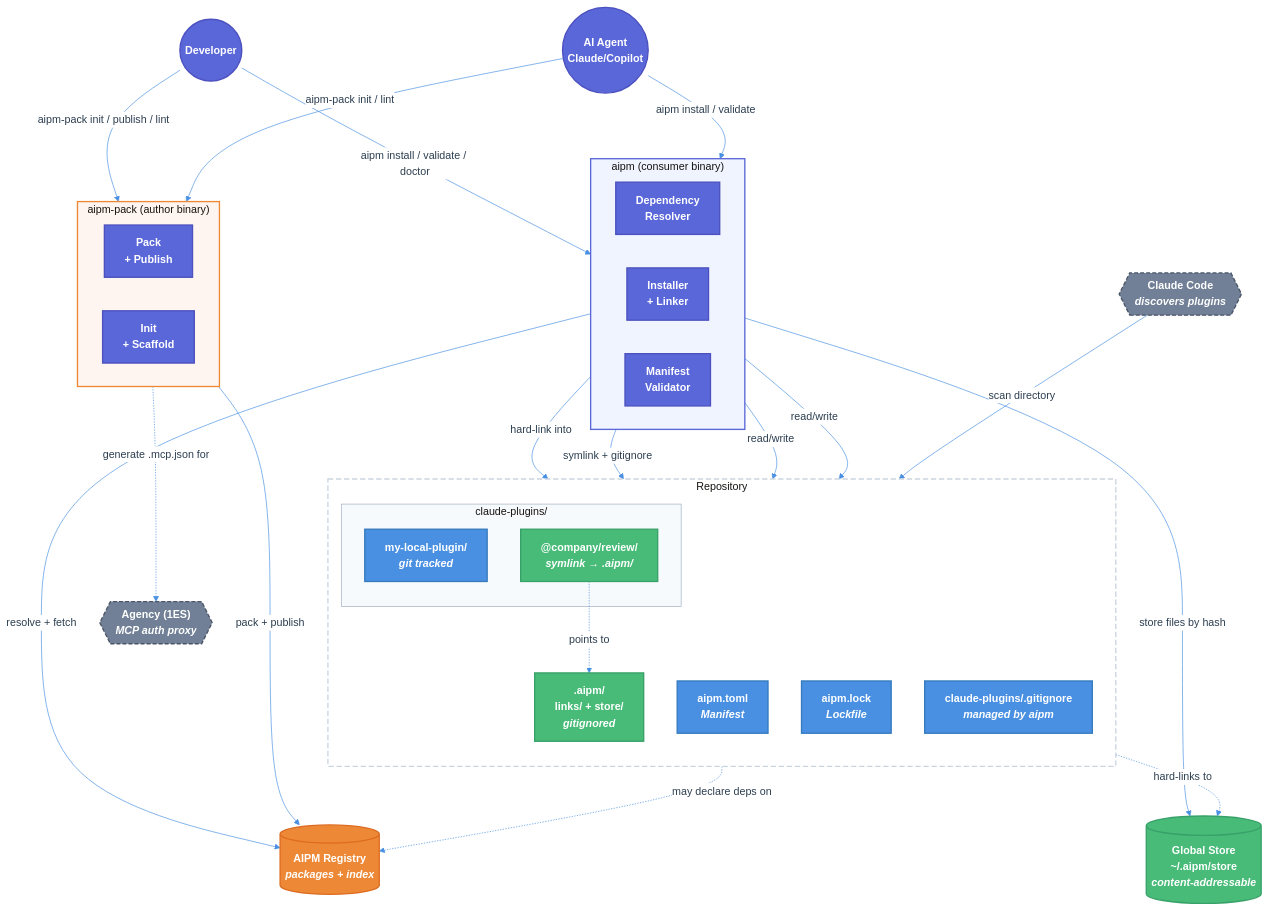
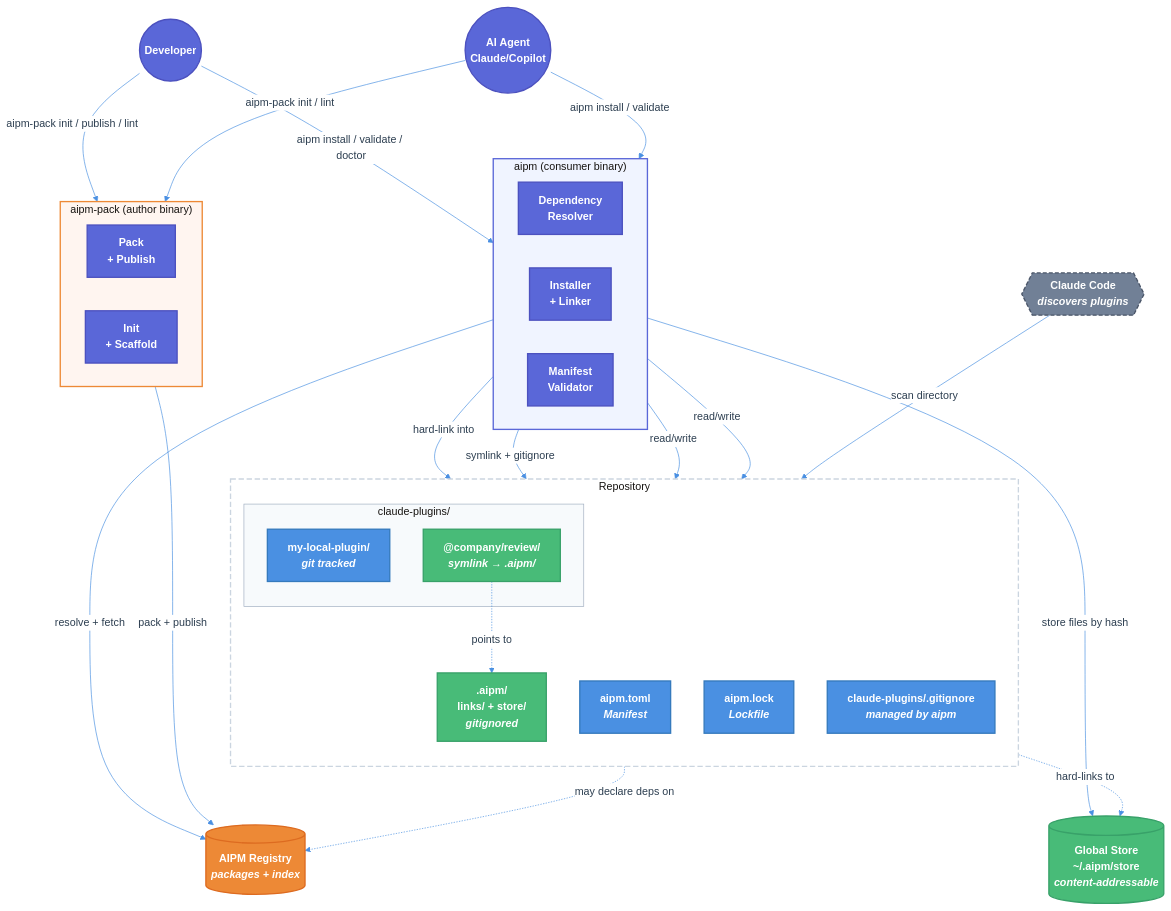
The first of 2 diagrams in specs/2026-03-09-aipm-technical-design.md (TheLarkInn/aipm), drawn with Mermaid before and after one commit. The commit also changed other lines of this file and 2 other files, not shown here.

First line of the commit message:
Resolve all open questions, remove Agency integration

````diff
--- a/specs/2026-03-09-aipm-technical-design.md
+++ b/specs/2026-03-09-aipm-technical-design.md
@@ -83,65 +82,62 @@
 ```mermaid
 %%{init: {'theme':'base', 'themeVariables': { 'primaryColor':'#f8f9fa','primaryTextColor':'#2c3e50','primaryBorderColor':'#4a5568','lineColor':'#4a90e2','secondaryColor':'#ffffff','tertiaryColor':'#e9ecef'}}}%%
 
 flowchart TB
     classDef cli fill:#5a67d8,stroke:#4c51bf,stroke-width:2px,color:#ffffff,font-weight:600
     classDef store fill:#48bb78,stroke:#38a169,stroke-width:2px,color:#ffffff,font-weight:600
     classDef registry fill:#ed8936,stroke:#dd6b20,stroke-width:2px,color:#ffffff,font-weight:600
     classDef local fill:#4a90e2,stroke:#357abd,stroke-width:2px,color:#ffffff,font-weight:600
     classDef external fill:#718096,stroke:#4a5568,stroke-width:2px,color:#ffffff,font-weight:600,stroke-dasharray:6 3
 
     Dev(("Developer")):::cli
     AI(("AI Agent<br>Claude/Copilot")):::cli
 
     subgraph ProjectRepo["Repository"]
         direction TB
         Manifest["aipm.toml<br><i>Manifest</i>"]:::local
         Lockfile["aipm.lock<br><i>Lockfile</i>"]:::local
 
         subgraph PluginsDir["claude-plugins/"]
             LocalPlugin["my-local-plugin/<br><i>git tracked</i>"]:::local
             SymlinkedPlugin["@company/review/<br><i>symlink → .aipm/</i>"]:::store
         end
 
         DotAipm[".aipm/<br>links/ + store/<br><i>gitignored</i>"]:::store
         GitIgnore["claude-plugins/.gitignore<br><i>managed by aipm</i>"]:::local
     end
 
     subgraph AIPMCLI["aipm (consumer binary)"]
         Resolver["Dependency<br>Resolver"]:::cli
         Installer["Installer<br>+ Linker"]:::cli
         Validator["Manifest<br>Validator"]:::cli
     end
 
     subgraph AIPMPack["aipm-pack (author binary)"]
         Packer["Pack<br>+ Publish"]:::cli
         Scaffolder["Init<br>+ Scaffold"]:::cli
     end
 
     GlobalStore[("Global Store<br>~/.aipm/store<br><i>content-addressable</i>")]:::store
     Registry[("AIPM Registry<br><i>packages + index</i>")]:::registry
     ClaudeCode{{"Claude Code<br><i>discovers plugins</i>"}}:::external
-    Agency{{"Agency (1ES)<br><i>MCP auth proxy</i>"}}:::external
 
     Dev -->|"aipm install / validate / doctor"| AIPMCLI
     Dev -->|"aipm-pack init / publish / lint"| AIPMPack
     AI -->|"aipm install / validate"| AIPMCLI
     AI -->|"aipm-pack init / lint"| AIPMPack
     AIPMCLI -->|"resolve + fetch"| Registry
     AIPMPack -->|"pack + publish"| Registry
     AIPMCLI -->|"store files by hash"| GlobalStore
     AIPMCLI -->|"hard-link into"| DotAipm
     AIPMCLI -->|"symlink + gitignore"| PluginsDir
     AIPMCLI -->|"read/write"| Manifest
     AIPMCLI -->|"read/write"| Lockfile
     ClaudeCode -->|"scan directory"| PluginsDir
     SymlinkedPlugin -.->|"points to"| DotAipm
     DotAipm -.->|"hard-links to"| GlobalStore
     LocalPlugin -.->|"may declare deps on"| Registry
-    AIPMPack -.->|"generate .mcp.json for"| Agency
-
     style ProjectRepo fill:#ffffff,stroke:#cbd5e0,stroke-width:2px,stroke-dasharray:8 4
     style PluginsDir fill:#f7fafc,stroke:#a0aec0,stroke-width:1px
     style AIPMCLI fill:#f0f4ff,stroke:#5a67d8,stroke-width:2px
     style AIPMPack fill:#fff5f0,stroke:#ed8936,stroke-width:2px
 ```
````
